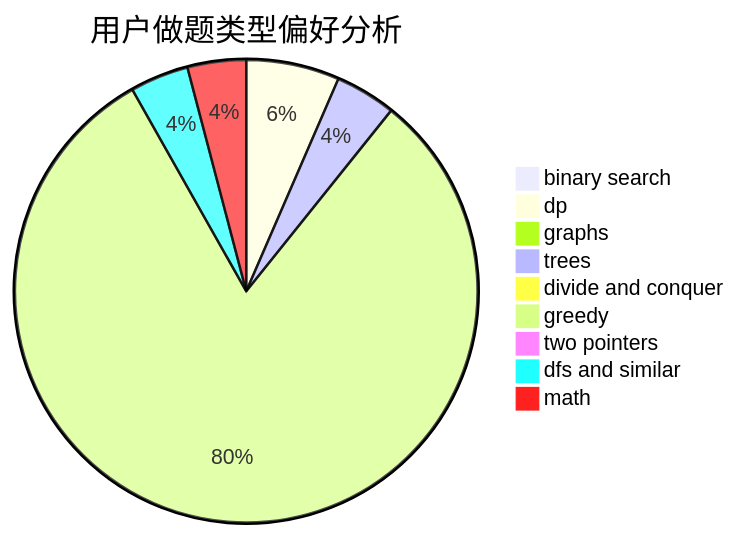
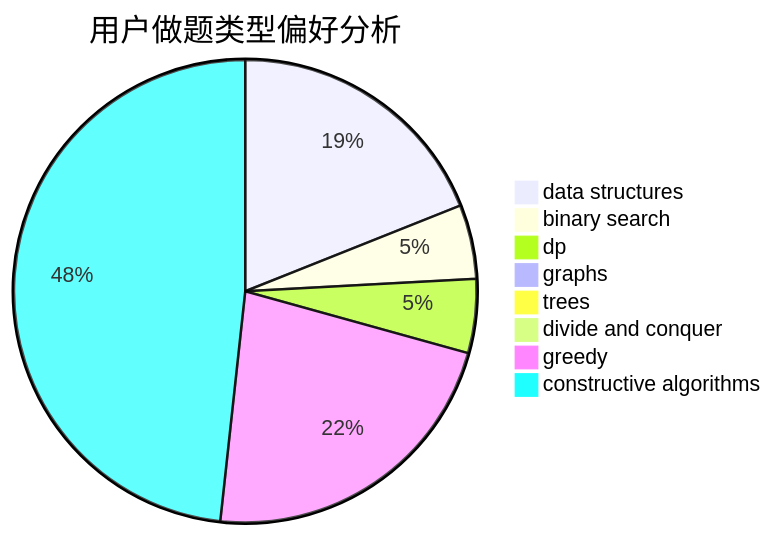
The second of 3 diagrams in docs/user/u1330.md (sherpahu/cfrs.github.io), drawn with Mermaid before and after one commit. The commit also changed other lines of this file and 2775 other files, not shown here.

````diff
--- a/docs/user/u1330.md
+++ b/docs/user/u1330.md
@@ -23,12 +23,11 @@
 ```mermaid
 pie title 用户做题类型偏好分析
-    "binary search" :  4
-    "dp" :  43
+    "data structures" :  11
+    "binary search" :  3
+    "dp" :  3
     "graphs" :  0
-    "trees" :  28
-    "divide and conquer" :  4
-    "greedy" :  535
-    "two pointers" :  1
-    "dfs and similar" :  27
-    "math" :  27
+    "trees" :  0
+    "divide and conquer" :  0
+    "greedy" :  13
+    "constructive algorithms" :  28
 ```
````
